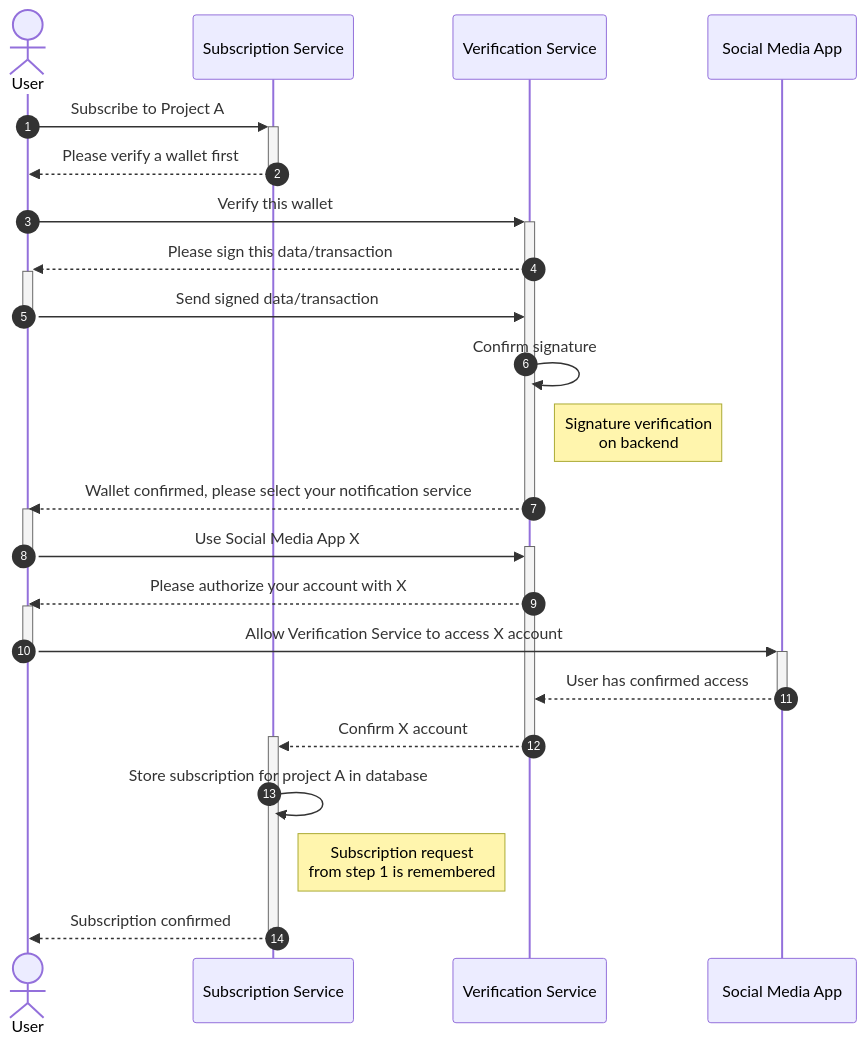
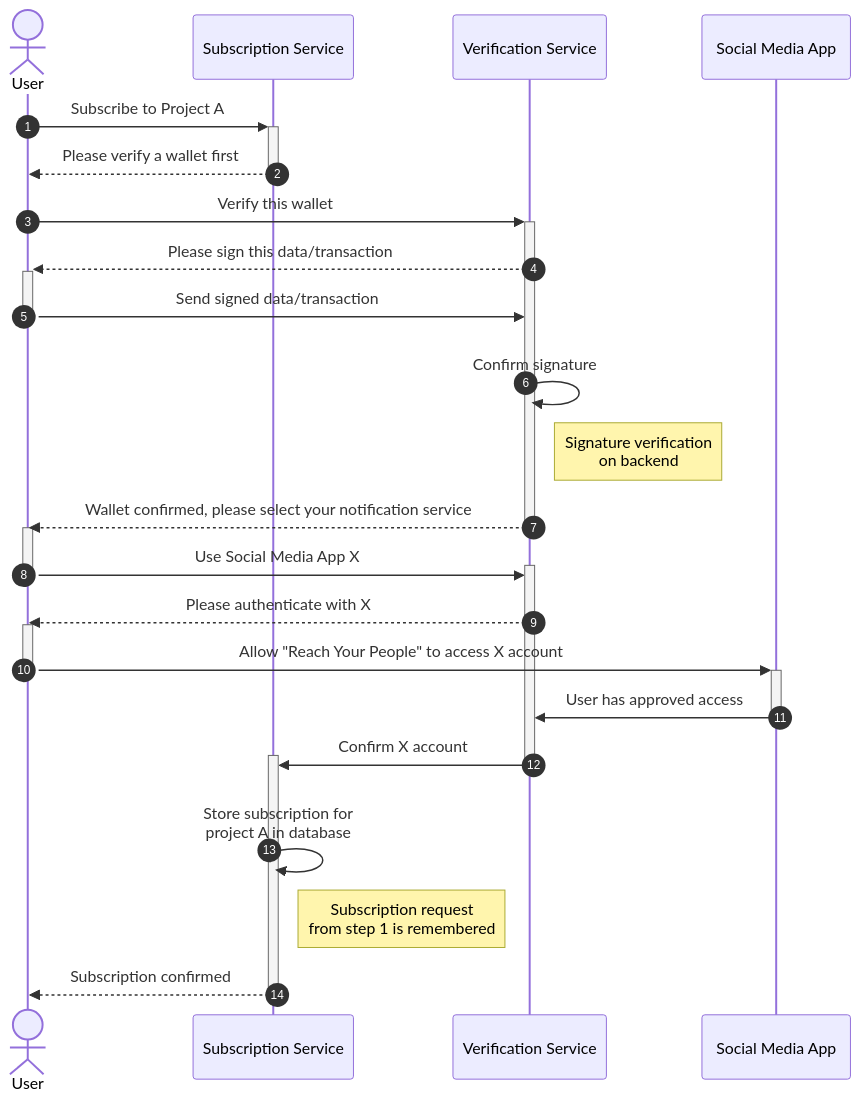
Before and after one commit to nilscodes/reach-your-people: the diagram in docs/diagrams/user-subscription-sequence.md, drawn with Mermaid. The commit also changed other lines of this file and 1 other file, not shown here.

Commit message:
RYP-4 Finalized feedback on sequence diagrams

````diff
--- a/docs/diagrams/user-subscription-sequence.md
+++ b/docs/diagrams/user-subscription-sequence.md
@@ -13,29 +13,29 @@
 ```mermaid
 sequenceDiagram
     autonumber
     actor U as User
     participant S as Subscription Service
     participant V as Verification Service
     participant X as Social Media App
     U ->> +S: Subscribe to Project A
     S -->> -U: Please verify a wallet first
     U ->> +V: Verify this wallet
     V -->> +U: Please sign this data/transaction
     U ->> -V: Send signed data/transaction
-    V ->> V: Confirm signature
+    V ->> V: <br>Confirm signature
     Note right of V: Signature verification<br>on backend
     V -->> -U: Wallet confirmed, please select your notification service
     activate U
     U ->> +V: Use Social Media App X
     deactivate U
-    V -->> U: Please authorize your account with X
+    V -->> U: Please authenticate with X
     activate U
-    U ->> +X: Allow Verification Service to access X account
+    U ->> +X: Allow "Reach Your People" to access X account
     deactivate U
-    X -->> -V: User has confirmed access
-    V -->> +S: Confirm X account
+    X ->> -V: User has approved access
+    V ->> +S: Confirm X account
     deactivate V
-    S ->> S: Store subscription for project A in database
+    S ->> S: <br>Store subscription for<br>project A in database
     Note right of S: Subscription request<br>from step 1 is remembered
     S -->> -U: Subscription confirmed
 ```
````
